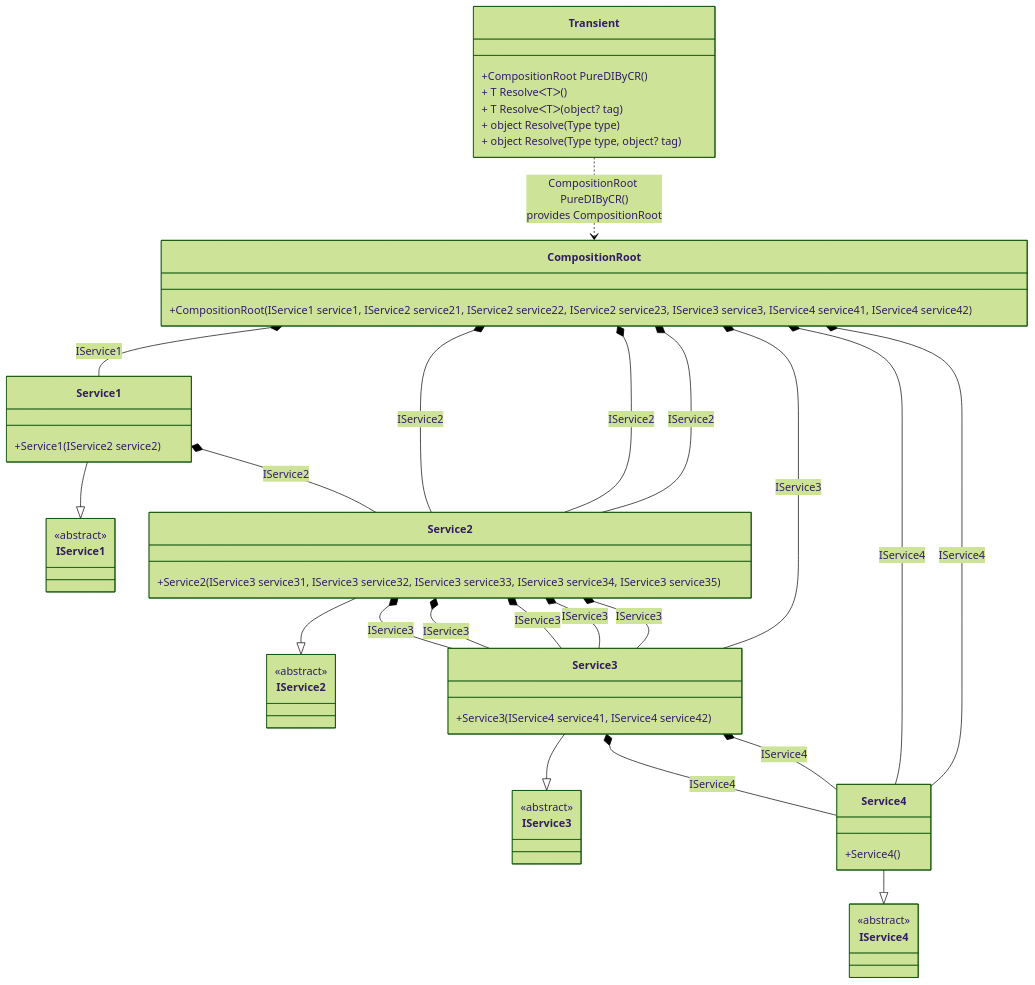
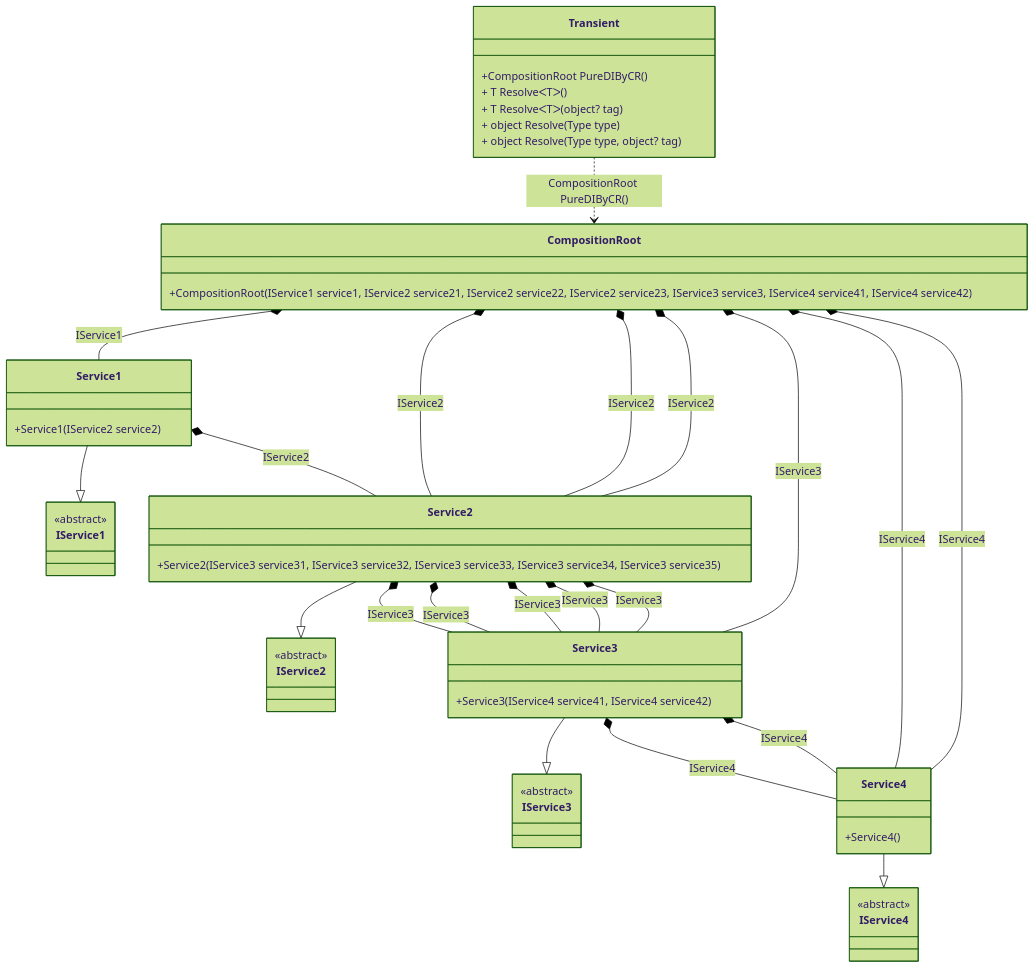
One commit to DevTeam/Pure.DI changed the diagram in readme/TransientDetails.md. Above: the diagram before and after it, drawn with Mermaid (forest theme). The commit also changed other lines of this file and 74 other files, not shown here.

````diff
--- a/readme/TransientDetails.md
+++ b/readme/TransientDetails.md
@@ -6,57 +6,57 @@
 ```mermaid
 classDiagram
   class Transient {
     +CompositionRoot PureDIByCR()
     + T ResolveᐸTᐳ()
     + T ResolveᐸTᐳ(object? tag)
     + object Resolve(Type type)
     + object Resolve(Type type, object? tag)
   }
   class CompositionRoot {
     +CompositionRoot(IService1 service1, IService2 service21, IService2 service22, IService2 service23, IService3 service3, IService4 service41, IService4 service42)
   }
   Service1 --|> IService1 : 
   class Service1 {
     +Service1(IService2 service2)
   }
   Service2 --|> IService2 : 
   class Service2 {
     +Service2(IService3 service31, IService3 service32, IService3 service33, IService3 service34, IService3 service35)
   }
   Service3 --|> IService3 : 
   class Service3 {
     +Service3(IService4 service41, IService4 service42)
   }
   Service4 --|> IService4 : 
   class Service4 {
     +Service4()
   }
   class IService1 {
     <<abstract>>
   }
   class IService2 {
     <<abstract>>
   }
   class IService3 {
     <<abstract>>
   }
   class IService4 {
     <<abstract>>
   }
   CompositionRoot *--  Service1 : IService1
   CompositionRoot *--  Service2 : IService2
   CompositionRoot *--  Service2 : IService2
   CompositionRoot *--  Service2 : IService2
   CompositionRoot *--  Service3 : IService3
   CompositionRoot *--  Service4 : IService4
   CompositionRoot *--  Service4 : IService4
   Service1 *--  Service2 : IService2
   Service2 *--  Service3 : IService3
   Service2 *--  Service3 : IService3
   Service2 *--  Service3 : IService3
   Service2 *--  Service3 : IService3
   Service2 *--  Service3 : IService3
   Service3 *--  Service4 : IService4
   Service3 *--  Service4 : IService4
-  Transient ..> CompositionRoot : CompositionRoot PureDIByCR()<br/>provides CompositionRoot
+  Transient ..> CompositionRoot : CompositionRoot PureDIByCR()
 ```
````
